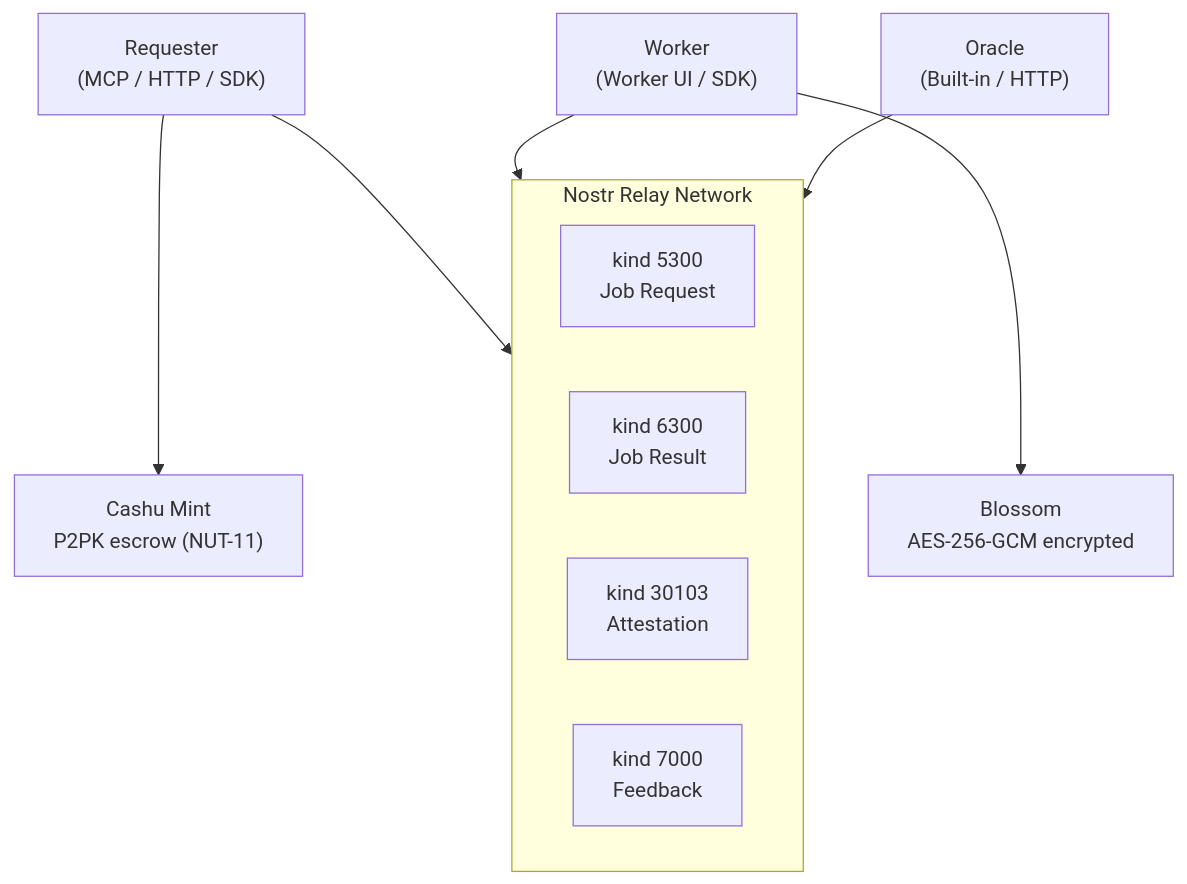
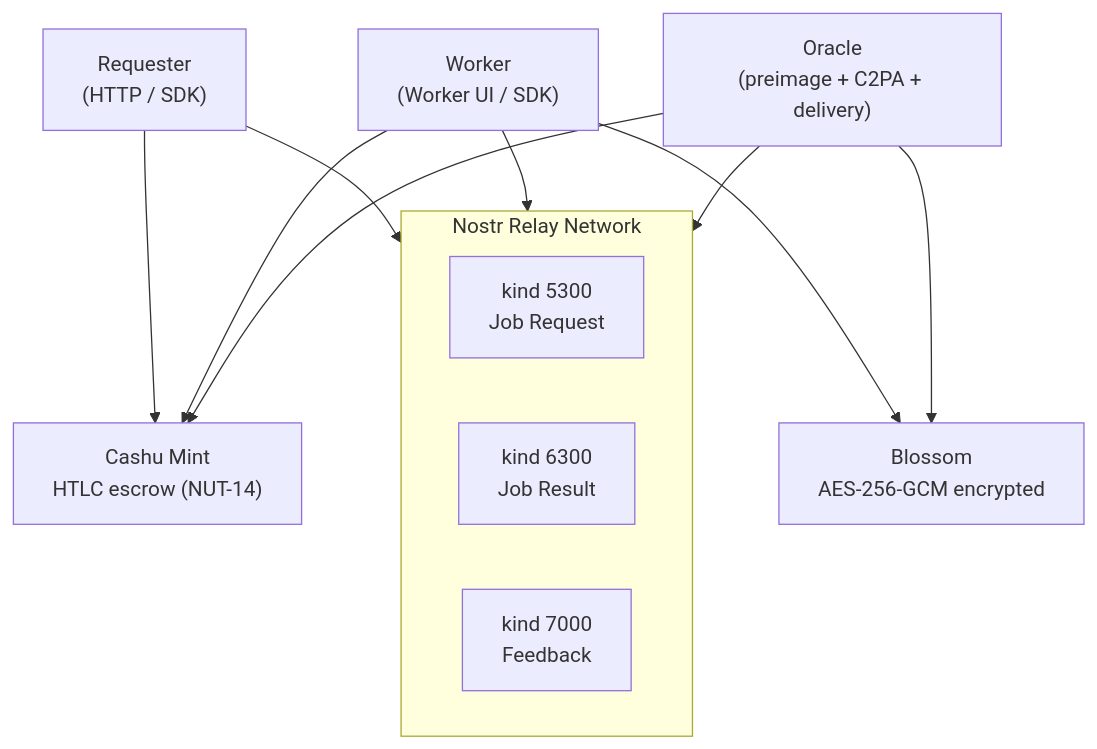
The second of 4 diagrams in README.md (motxx/anchr), drawn with Mermaid before and after one commit. The commit also changed other lines of this file, not shown here.

````diff
--- a/README.md
+++ b/README.md
@@ -34,21 +92,23 @@
 ```mermaid
 graph TB
     subgraph Nostr["Nostr Relay Network"]
         K5300["kind 5300<br/>Job Request"]
         K6300["kind 6300<br/>Job Result"]
-        K30103["kind 30103<br/>Attestation"]
         K7000["kind 7000<br/>Feedback"]
     end
 
-    Requester["Requester<br/>(MCP / HTTP / SDK)"]
+    Requester["Requester<br/>(HTTP / SDK)"]
     Worker["Worker<br/>(Worker UI / SDK)"]
-    Oracle["Oracle<br/>(Built-in / HTTP)"]
+    Oracle["Oracle<br/>(preimage + C2PA + delivery)"]
     Blossom["Blossom<br/>AES-256-GCM encrypted"]
-    Cashu["Cashu Mint<br/>P2PK escrow (NUT-11)"]
+    Cashu["Cashu Mint<br/>HTLC escrow (NUT-14)"]
 
     Requester --> Nostr
     Worker --> Nostr
     Oracle --> Nostr
     Worker --> Blossom
+    Oracle --> Blossom
     Requester --> Cashu
+    Worker --> Cashu
+    Oracle --> Cashu
 ```
````
